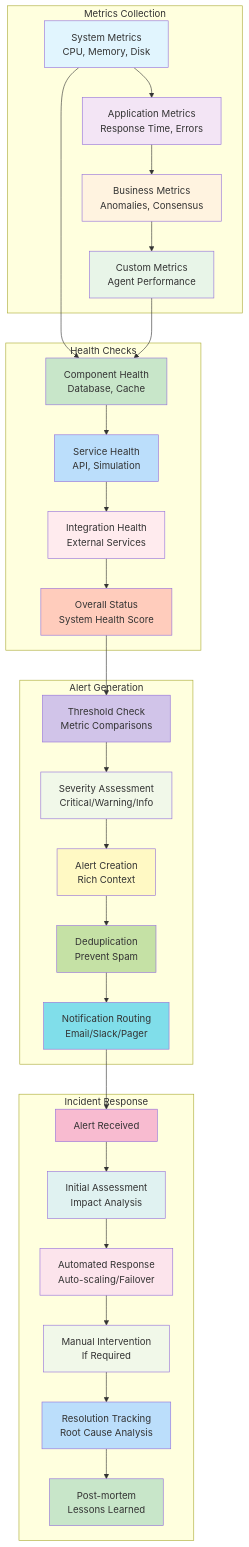
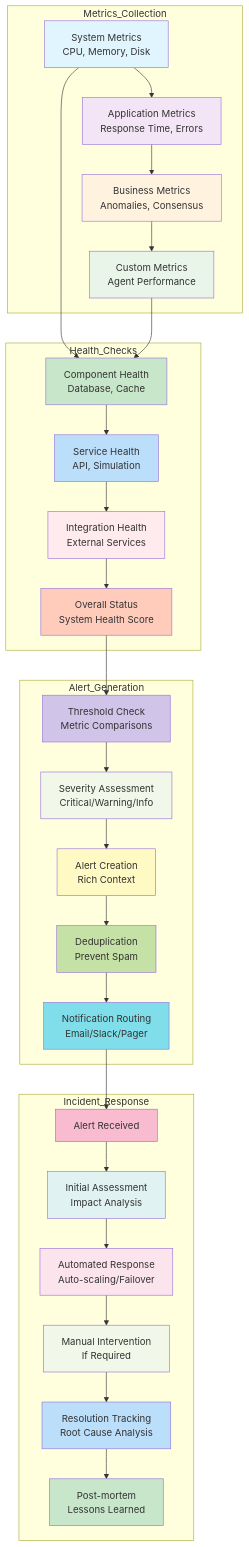
Diagram 13 of 17 in decentralized-ai-simulation/docs/design.md (tanm-sys/build), drawn with Mermaid before and after one commit. The commit also changed other lines of this file and 5 other files, not shown here.

Commit message:
Fix Mermaid diagram parse errors in Markdown files (resolve LINK token issues on line 29 and others)

````diff
--- a/decentralized-ai-simulation/docs/design.md
+++ b/decentralized-ai-simulation/docs/design.md
@@ -940,54 +940,54 @@
 ```mermaid
 flowchart TD
-    subgraph "Metrics Collection"
+    subgraph "Metrics_Collection"
         MC1[System Metrics<br/>CPU, Memory, Disk] --> MC2[Application Metrics<br/>Response Time, Errors]
         MC2 --> MC3[Business Metrics<br/>Anomalies, Consensus]
         MC3 --> MC4[Custom Metrics<br/>Agent Performance]
     end
 
-    subgraph "Health Checks"
+    subgraph "Health_Checks"
         HC1[Component Health<br/>Database, Cache] --> HC2[Service Health<br/>API, Simulation]
         HC2 --> HC3[Integration Health<br/>External Services]
         HC3 --> HC4[Overall Status<br/>System Health Score]
     end
 
-    subgraph "Alert Generation"
+    subgraph "Alert_Generation"
         AG1[Threshold Check<br/>Metric Comparisons] --> AG2[Severity Assessment<br/>Critical/Warning/Info]
         AG2 --> AG3[Alert Creation<br/>Rich Context]
         AG3 --> AG4[Deduplication<br/>Prevent Spam]
         AG4 --> AG5[Notification Routing<br/>Email/Slack/Pager]
     end
 
-    subgraph "Incident Response"
+    subgraph "Incident_Response"
         IR1[Alert Received] --> IR2[Initial Assessment<br/>Impact Analysis]
         IR2 --> IR3[Automated Response<br/>Auto-scaling/Failover]
         IR3 --> IR4[Manual Intervention<br/>If Required]
         IR4 --> IR5[Resolution Tracking<br/>Root Cause Analysis]
         IR5 --> IR6[Post-mortem<br/>Lessons Learned]
     end
 
     MC1 --> HC1
     MC4 --> HC1
     HC4 --> AG1
     AG5 --> IR1
 
     style MC1 fill:#e1f5fe
     style MC2 fill:#f3e5f5
     style MC3 fill:#fff3e0
     style MC4 fill:#e8f5e8
     style HC1 fill:#c8e6c9
     style HC2 fill:#bbdefb
     style HC3 fill:#ffebee
     style HC4 fill:#ffccbc
     style AG1 fill:#d1c4e9
     style AG2 fill:#f1f8e9
     style AG3 fill:#fff9c4
     style AG4 fill:#c5e1a5
     style AG5 fill:#80deea
     style IR1 fill:#f8bbd0
     style IR2 fill:#e0f2f1
     style IR3 fill:#fce4ec
     style IR4 fill:#f1f8e9
     style IR5 fill:#bbdefb
     style IR6 fill:#c8e6c9
 ```
````
